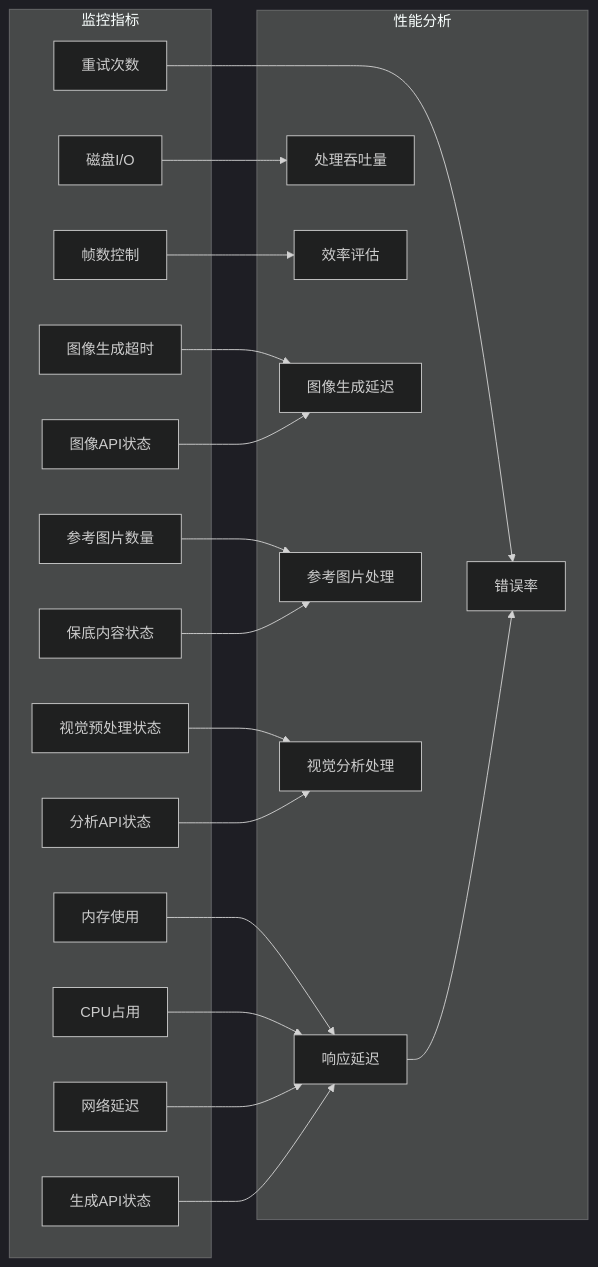
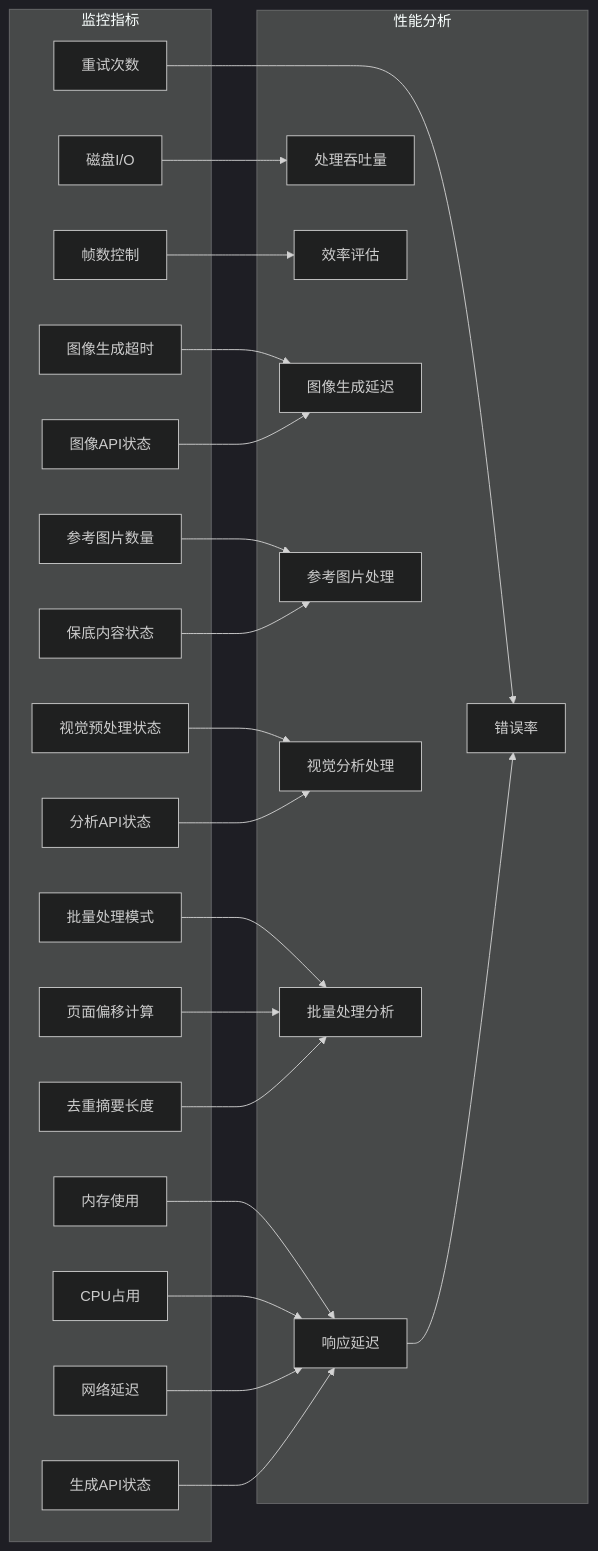
One commit to WongMingJiu/landingpage-test-hero-page changed diagram 18 of 18 in .qoder/repowiki/zh/content/配置和定制/配置和定制.md. Above: the diagram before and after it, drawn with Mermaid (dark theme). The commit also changed other lines of this file and 42 other files, not shown here.

````diff
--- a/.qoder/repowiki/zh/content/配置和定制/配置和定制.md
+++ b/.qoder/repowiki/zh/content/配置和定制/配置和定制.md
@@ -930,41 +1002,48 @@
 ```mermaid
 graph LR
 subgraph "监控指标"
 Memory[内存使用]
 CPU[CPU占用]
 Network[网络延迟]
 Disk[磁盘I/O]
 Frames[帧数控制]
 Retries[重试次数]
 ImageTimeout[图像生成超时]
 RefImages[参考图片数量]
 FallbackContent[保底内容状态]
 VisualPreprocess[视觉预处理状态]
 AnalyseAPI[分析API状态]
 GenerateAPI[生成API状态]
 ImageAPI[图像API状态]
+BatchMode[批量处理模式]
+BatchOffset[页面偏移计算]
+ExistingSummary[去重摘要长度]
 end
 subgraph "性能分析"
 Latency[响应延迟]
 Throughput[处理吞吐量]
 ErrorRate[错误率]
 Efficiency[效率评估]
 ImageLatency[图像生成延迟]
 RefProcessing[参考图片处理]
 VisualAnalysis[视觉分析处理]
+BatchProcessing[批量处理分析]
 end
 Memory --> Latency
 CPU --> Latency
 Network --> Latency
 Disk --> Throughput
 Frames --> Efficiency
 Retries --> ErrorRate
 ImageTimeout --> ImageLatency
 RefImages --> RefProcessing
 FallbackContent --> RefProcessing
 VisualPreprocess --> VisualAnalysis
 AnalyseAPI --> VisualAnalysis
 GenerateAPI --> Latency
 ImageAPI --> ImageLatency
+BatchMode --> BatchProcessing
+BatchOffset --> BatchProcessing
+ExistingSummary --> BatchProcessing
 Latency --> ErrorRate
 ```
````
